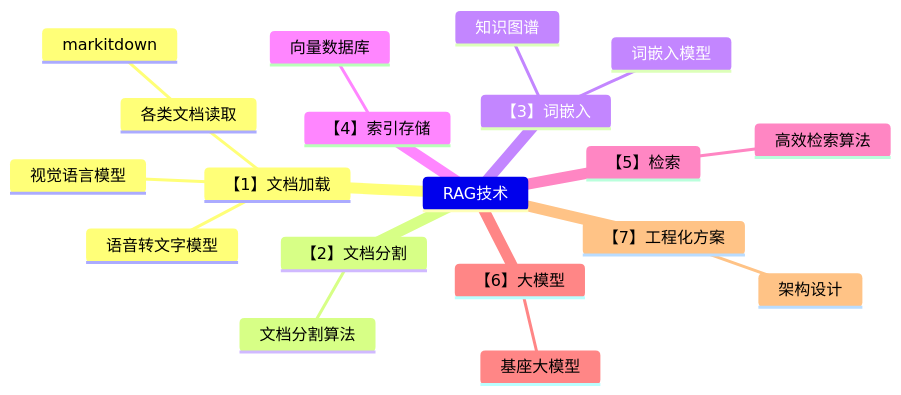
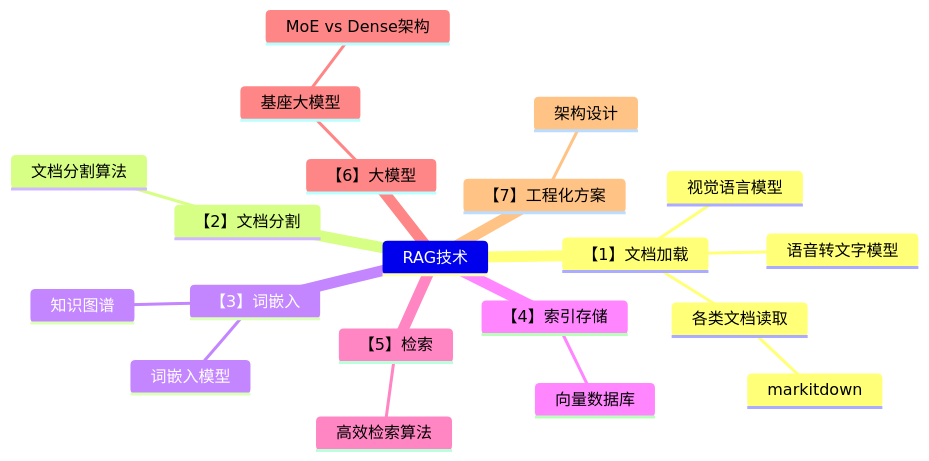
Before and after one commit to wallace-lai/rag-dev: the diagram in README.md, drawn with Mermaid.

````diff
--- a/README.md
+++ b/README.md
@@ -9,22 +9,23 @@
 ```mermaid
 mindmap
 RAG技术
     【1】文档加载
         各类文档读取
             markitdown
         语音转文字模型
         视觉语言模型
     【2】文档分割
         文档分割算法
     【3】词嵌入
         词嵌入模型
         知识图谱
     【4】索引存储
         向量数据库
     【5】检索
         高效检索算法
     【6】大模型
         基座大模型
+            MoE vs Dense架构
     【7】工程化方案
         架构设计
 ```
````
